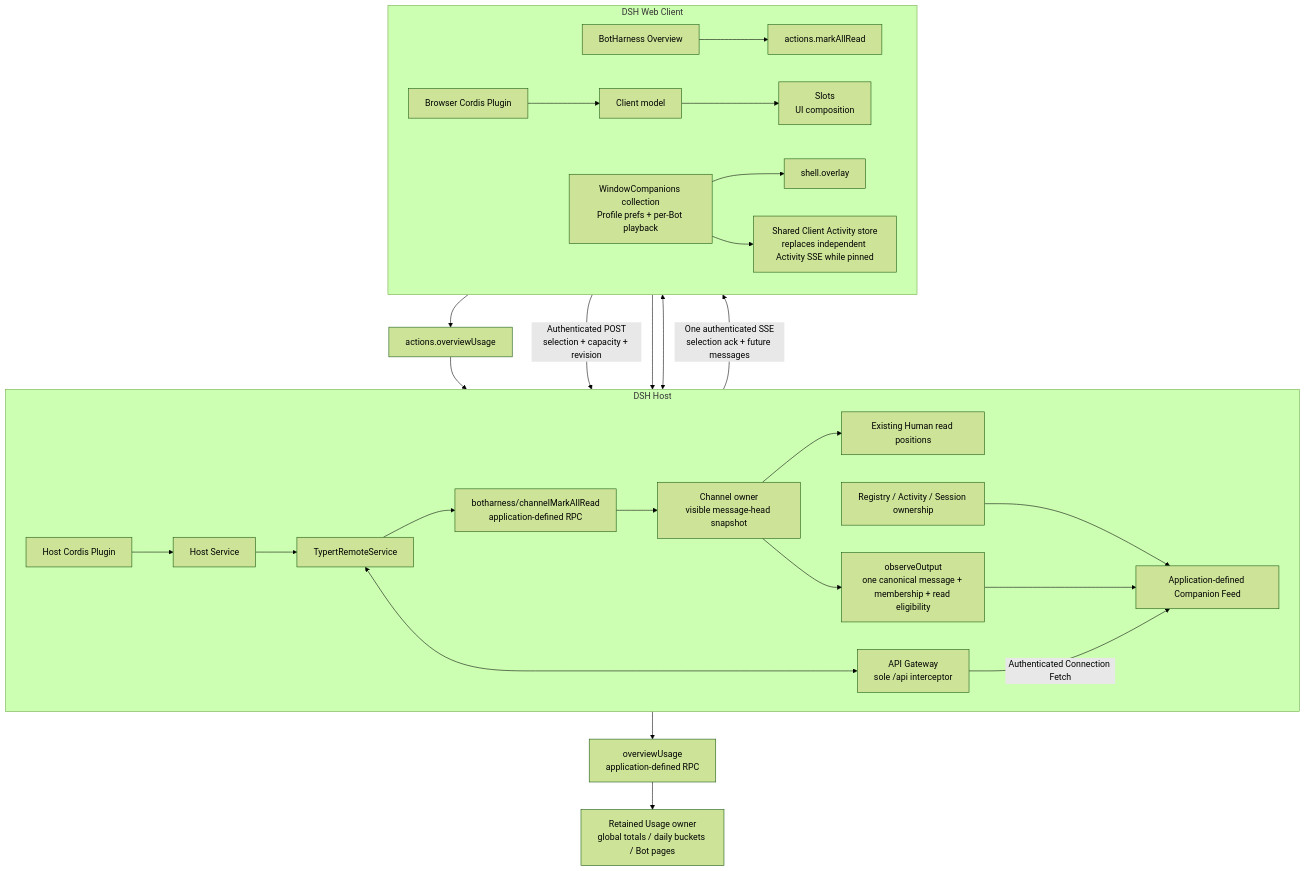
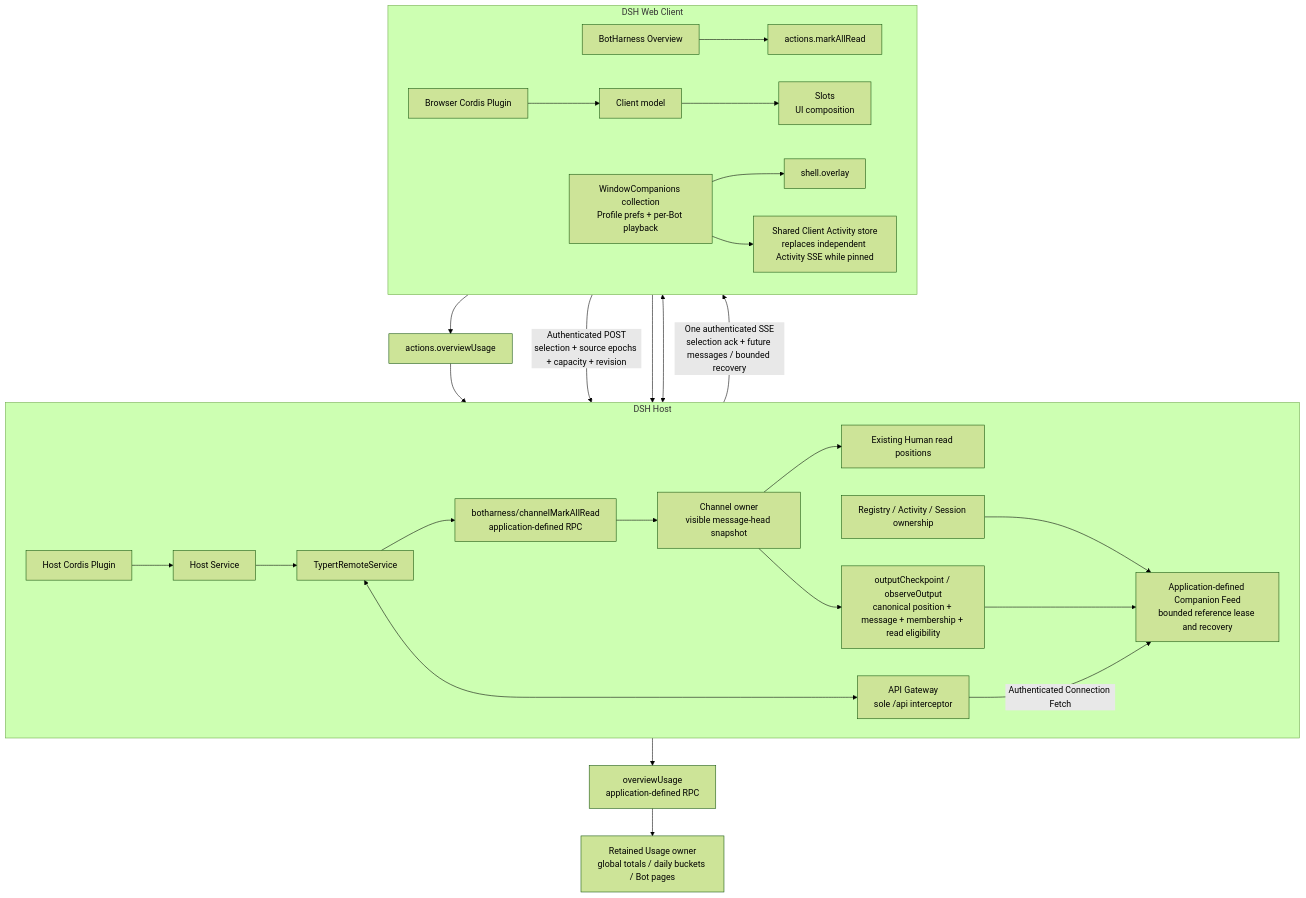
Before and after one commit to BotHarness/BotHarness: the diagram in docs/architecture/diagrams/en/09-dsh-host-client.mmd, drawn with Mermaid (forest theme). The commit also changed 21 other files, not shown here.

First line of the commit message:
feat(companions): recover bounded same-Host output without replay (#1141)

```diff
--- a/docs/architecture/diagrams/en/09-dsh-host-client.mmd
+++ b/docs/architecture/diagrams/en/09-dsh-host-client.mmd
@@ -1,30 +1,30 @@
 flowchart TB
   subgraph Host["DSH Host"]
     direction LR
     HostPlugin["Host Cordis Plugin"] --> Service["Host Service"]
     Service --> Remote["TypertRemoteService"]
     ReadRPC["botharness/channelMarkAllRead<br/>application-defined RPC"] --> Channels["Channel owner<br/>visible message-head snapshot"]
     Channels --> ReadPositions["Existing Human read positions"]
     Remote <--> Gateway["API Gateway<br/>sole /api interceptor"]
-    Registry["Registry / Activity / Session ownership"] --> Feed["Application-defined Companion Feed"]
-    Channels --> Observation["observeOutput<br/>one canonical message + membership + read eligibility"]
+    Registry["Registry / Activity / Session ownership"] --> Feed["Application-defined Companion Feed<br/>bounded reference lease and recovery"]
+    Channels --> Observation["outputCheckpoint / observeOutput<br/>canonical position + message + membership + read eligibility"]
     Observation --> Feed
   end
   subgraph Browser["DSH Web Client"]
     direction LR
     ClientPlugin["Browser Cordis Plugin"] --> Model["Client model"]
     Overview["BotHarness Overview"] --> ReadAction["actions.markAllRead"]
     Model --> Slots["Slots<br/>UI composition"]
     Companion["WindowCompanions collection<br/>Profile prefs + per-Bot playback"] --> Overlay["shell.overlay"]
     Companion --> Activity["Shared Client Activity store<br/>replaces independent Activity SSE while pinned"]
   end
   Gateway <--> Model
   Gateway -->|"Authenticated Connection Fetch"| Feed
-  Feed -->|"One authenticated SSE<br/>selection ack + future messages"| Companion
-  Companion -->|"Authenticated POST<br/>selection + capacity + revision"| Feed
+  Feed -->|"One authenticated SSE<br/>selection ack + future messages / bounded recovery"| Companion
+  Companion -->|"Authenticated POST<br/>selection + source epochs + capacity + revision"| Feed
   ReadAction --> Gateway
   Remote --> ReadRPC
   Overview --> UsageAction["actions.overviewUsage"]
   UsageAction --> Gateway
   Remote --> UsageRPC["overviewUsage<br/>application-defined RPC"]
   UsageRPC --> UsageOwner["Retained Usage owner<br/>global totals / daily buckets / Bot pages"]
```
